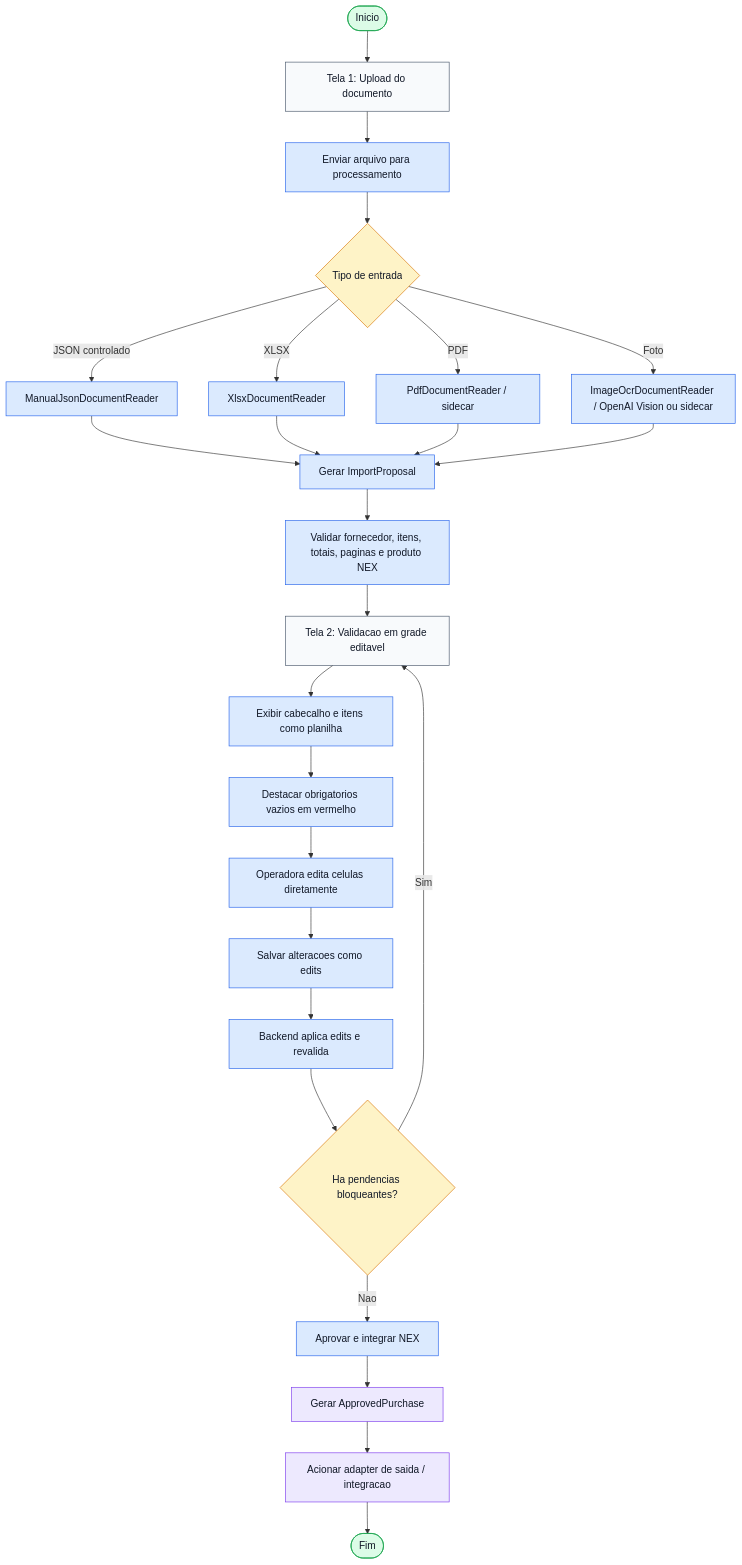
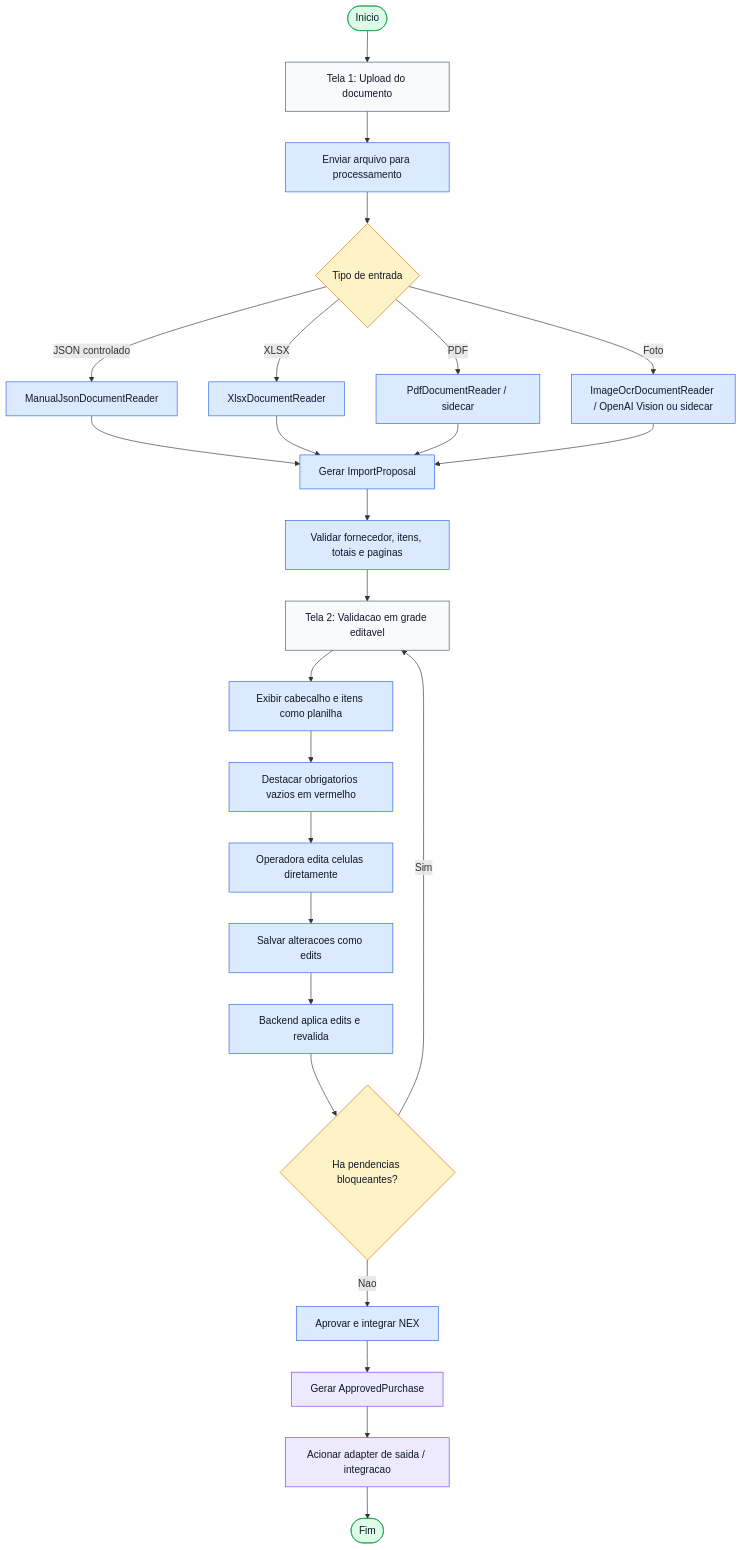
The diagram in docs/diagrams/05-sprint2-fluxo-revisao.mmd (NilsonJoseMoreiraFilho/projeto-pos-importacao-nex), drawn with Mermaid before and after one commit. The commit also changed 9 other files, not shown here.

```diff
--- a/docs/diagrams/05-sprint2-fluxo-revisao.mmd
+++ b/docs/diagrams/05-sprint2-fluxo-revisao.mmd
@@ -1,43 +1,43 @@
 flowchart TB
     inicio([Inicio]) --> telaUpload["Tela 1: Upload do documento"]
     telaUpload --> enviar["Enviar arquivo para processamento"]
     enviar --> reader{Tipo de entrada}
 
     reader -->|JSON controlado| manual["ManualJsonDocumentReader"]
     reader -->|XLSX| xlsx["XlsxDocumentReader"]
     reader -->|PDF| pdf["PdfDocumentReader / sidecar"]
     reader -->|Foto| ocr["ImageOcrDocumentReader / OpenAI Vision ou sidecar"]
 
     manual --> proposta["Gerar ImportProposal"]
     xlsx --> proposta
     pdf --> proposta
     ocr --> proposta
 
-    proposta --> validar["Validar fornecedor, itens, totais, paginas e produto NEX"]
+    proposta --> validar["Validar fornecedor, itens, totais e paginas"]
     validar --> telaValidacao["Tela 2: Validacao em grade editavel"]
 
     telaValidacao --> tabela["Exibir cabecalho e itens como planilha"]
     tabela --> destacar["Destacar obrigatorios vazios em vermelho"]
     destacar --> editar["Operadora edita celulas diretamente"]
     editar --> salvar["Salvar alteracoes como edits"]
     salvar --> revalidar["Backend aplica edits e revalida"]
 
     revalidar --> pendencias{Ha pendencias bloqueantes?}
     pendencias -->|Sim| telaValidacao
     pendencias -->|Nao| aprovar["Aprovar e integrar NEX"]
 
     aprovar --> approved["Gerar ApprovedPurchase"]
     approved --> saida["Acionar adapter de saida / integracao"]
     saida --> fim([Fim])
 
     classDef start fill:#dcfce7,stroke:#16a34a,color:#111827;
     classDef screen fill:#f8fafc,stroke:#475569,color:#111827;
     classDef process fill:#dbeafe,stroke:#2563eb,color:#111827;
     classDef decision fill:#fef3c7,stroke:#d97706,color:#111827;
     classDef output fill:#ede9fe,stroke:#7c3aed,color:#111827;
 
     class inicio,fim start;
     class telaUpload,telaValidacao screen;
     class enviar,manual,xlsx,pdf,ocr,proposta,validar,tabela,destacar,editar,salvar,revalidar,aprovar process;
     class reader,pendencias decision;
     class approved,saida output;
```
